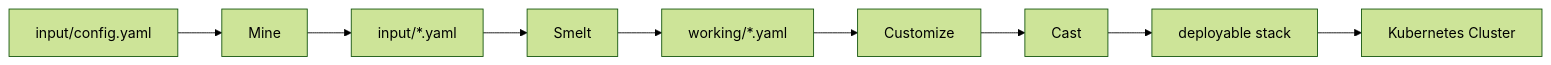
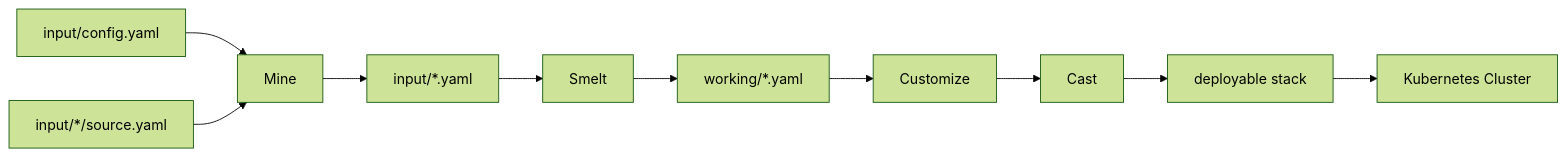
Before and after one commit to silogen/cluster-forge: the diagram in README.md, drawn with Mermaid (forest theme). The commit also changed other lines of this file and 4 other files, not shown here.

````diff
--- a/README.md
+++ b/README.md
@@ -40,11 +40,12 @@
 ```mermaid
 graph LR
     A[input/config.yaml] --> B[Mine]
+    A2[input/*/source.yaml] --> B[Mine]
     B --> C[input/*.yaml]
     C --> D[Smelt]
     D --> E[working/*.yaml]
     E --> F[Customize]
     F --> G[Cast]
     G --> H[deployable stack]
     H --> I[Kubernetes Cluster]
 ```
````
